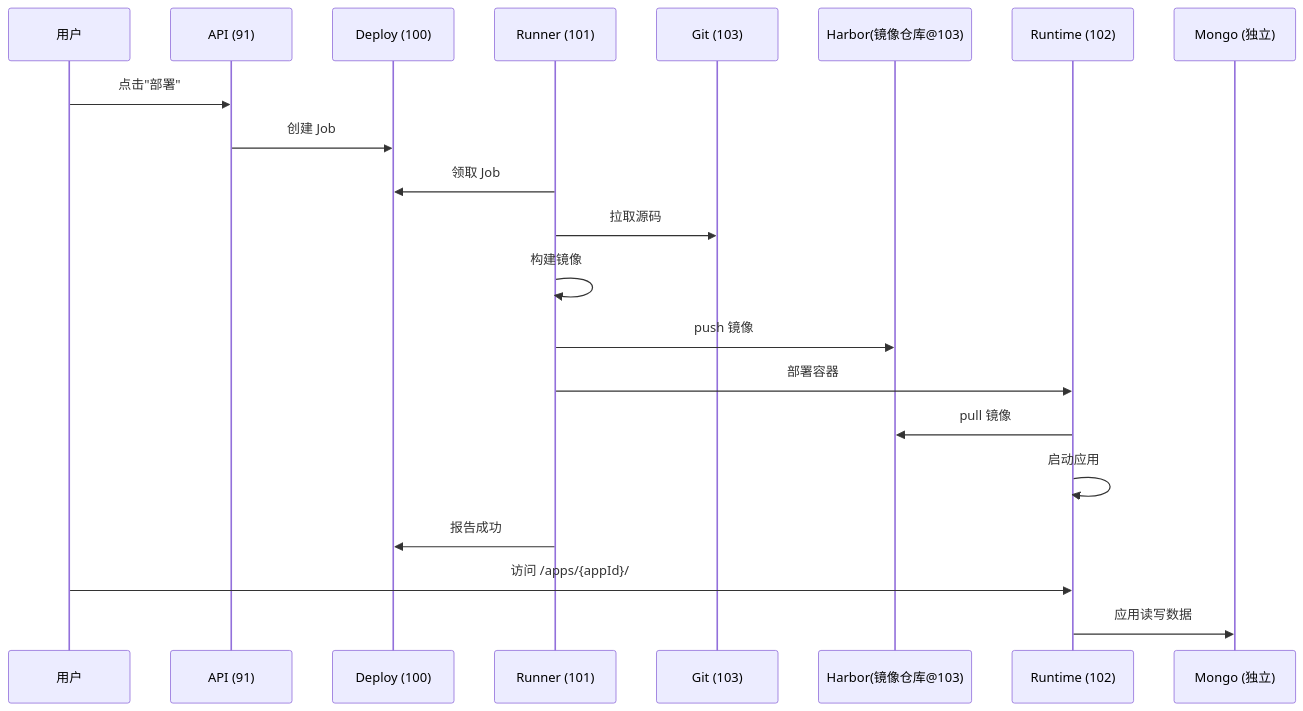
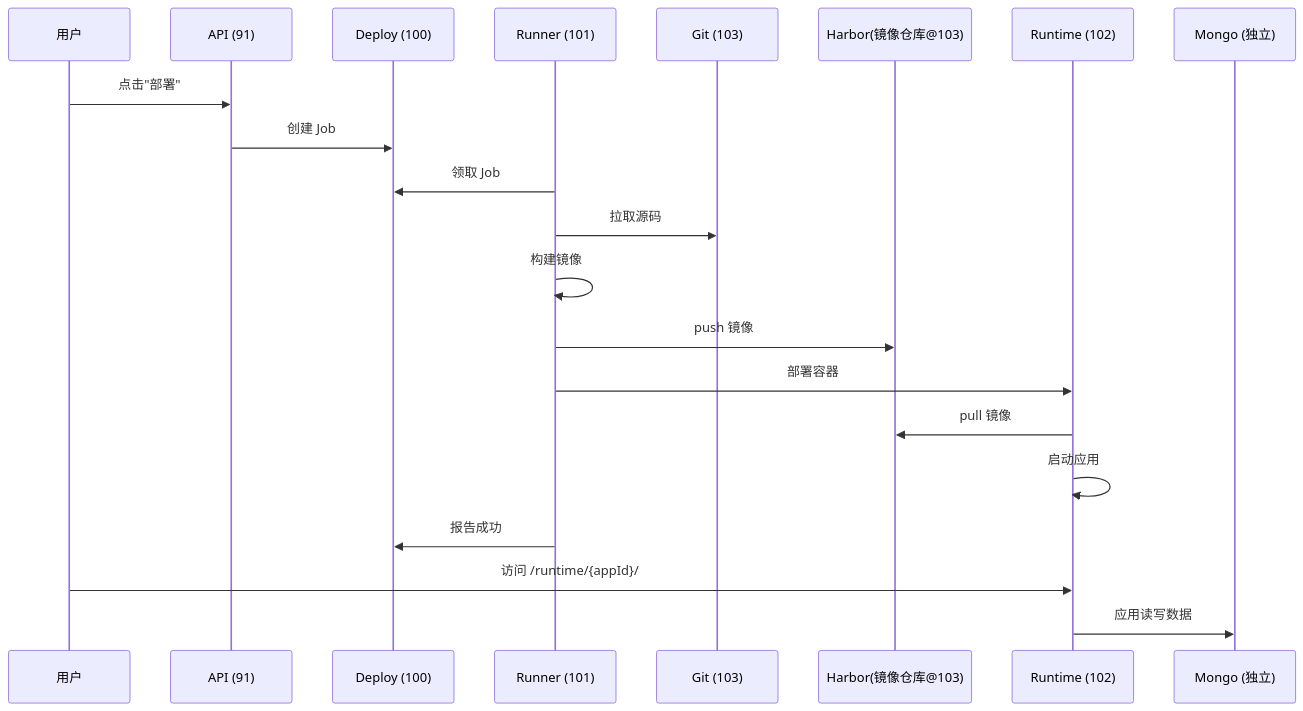
Before and after one commit to ruiAndroid/fun-ai-studio-api: the third of 4 diagrams in src/main/resources/doc/domains/architecture/README.md, drawn with Mermaid. The commit also changed other lines of this file and 30 other files, not shown here.

````diff
--- a/src/main/resources/doc/domains/architecture/README.md
+++ b/src/main/resources/doc/domains/architecture/README.md
@@ -155,26 +155,26 @@
 ```mermaid
 sequenceDiagram
     participant U as 用户
     participant API as API (91)
     participant D as Deploy (100)
     participant R as Runner (101)
     participant Git as Git (103)
     participant Harbor as Harbor(镜像仓库@103)
     participant RT as Runtime (102)
     participant M as Mongo (独立)
 
     U->>API: 点击"部署"
     API->>D: 创建 Job
 
     R->>D: 领取 Job
     R->>Git: 拉取源码
     R->>R: 构建镜像
     R->>Harbor: push 镜像
     R->>RT: 部署容器
     RT->>Harbor: pull 镜像
     RT->>RT: 启动应用
     R->>D: 报告成功
 
-    U->>RT: 访问 /apps/{appId}/
+    U->>RT: 访问 /runtime/{appId}/
     RT->>M: 应用读写数据
 ```
````
